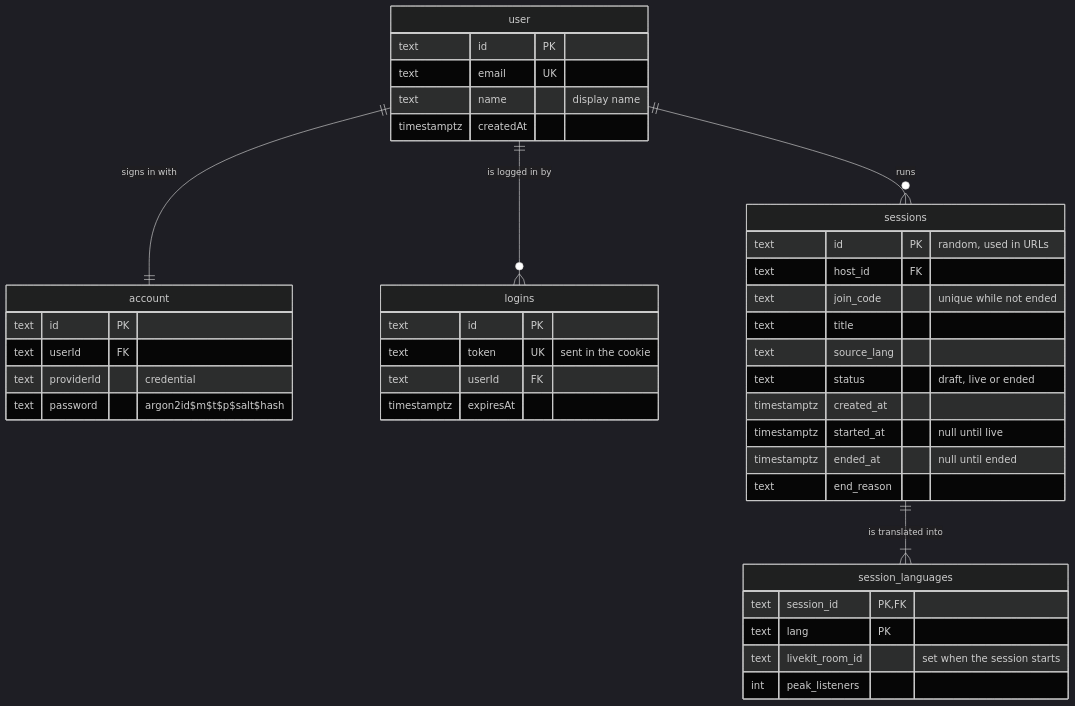
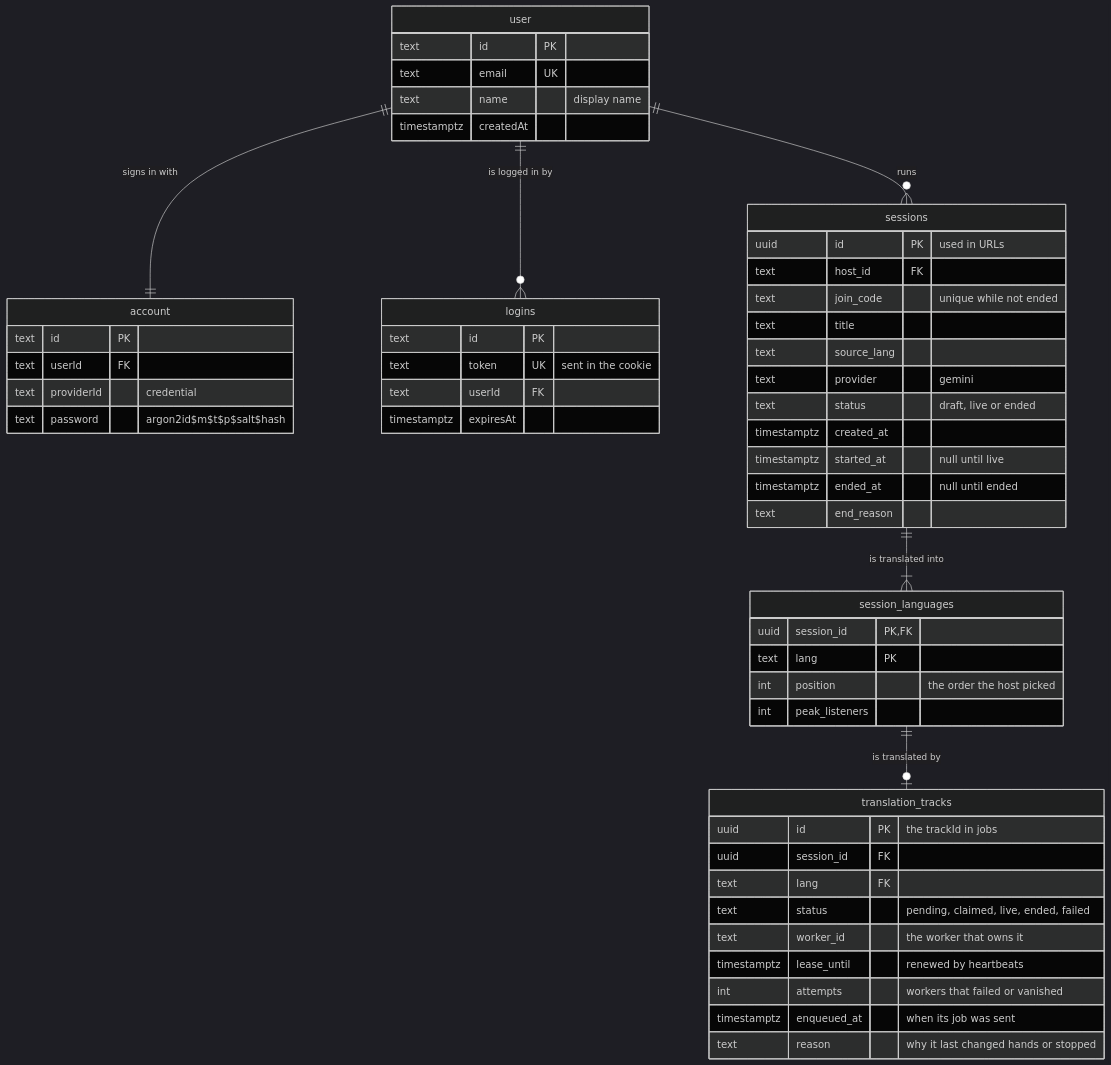
One commit to WH1TE-SHAD0W/ai-dubbing-studio changed the fifth of 5 diagrams in docs/architecture.md. Above: the diagram before and after it, drawn with Mermaid (dark theme). The commit also changed other lines of this file and 1 other file, not shown here.

First line of the commit message:
docs: architecture pages describe the translator workers, Redis and sessions

````diff
--- a/docs/architecture.md
+++ b/docs/architecture.md
@@ -148,44 +183,57 @@
 ```mermaid
 erDiagram
   user ||--|| account : "signs in with"
   user ||--o{ logins : "is logged in by"
   user ||--o{ sessions : runs
   sessions ||--|{ session_languages : "is translated into"
+  session_languages ||--o| translation_tracks : "is translated by"
 
   user {
     text id PK
     text email UK
     text name "display name"
     timestamptz createdAt
   }
   account {
     text id PK
     text userId FK
     text providerId "credential"
     text password "argon2id$m$t$p$salt$hash"
   }
   logins {
     text id PK
     text token UK "sent in the cookie"
     text userId FK
     timestamptz expiresAt
   }
   sessions {
-    text id PK "random, used in URLs"
+    uuid id PK "used in URLs"
     text host_id FK
     text join_code "unique while not ended"
     text title
     text source_lang
+    text provider "gemini"
     text status "draft, live or ended"
     timestamptz created_at
     timestamptz started_at "null until live"
     timestamptz ended_at "null until ended"
     text end_reason
   }
   session_languages {
-    text session_id PK, FK
+    uuid session_id PK, FK
     text lang PK
-    text livekit_room_id "set when the session starts"
+    int position "the order the host picked"
     int peak_listeners
   }
+  translation_tracks {
+    uuid id PK "the trackId in jobs"
+    uuid session_id FK
+    text lang FK
+    text status "pending, claimed, live, ended, failed"
+    text worker_id "the worker that owns it"
+    timestamptz lease_until "renewed by heartbeats"
+    int attempts "workers that failed or vanished"
+    timestamptz enqueued_at "when its job was sent"
+    text reason "why it last changed hands or stopped"
+  }
 ```
````
